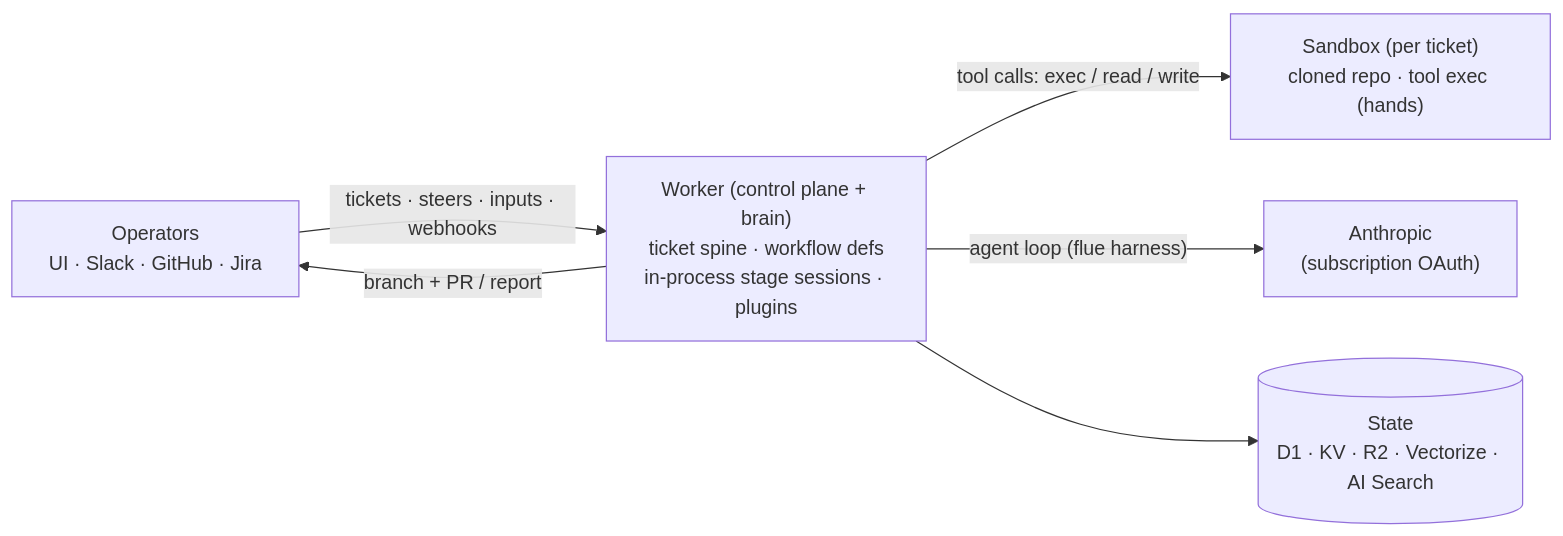
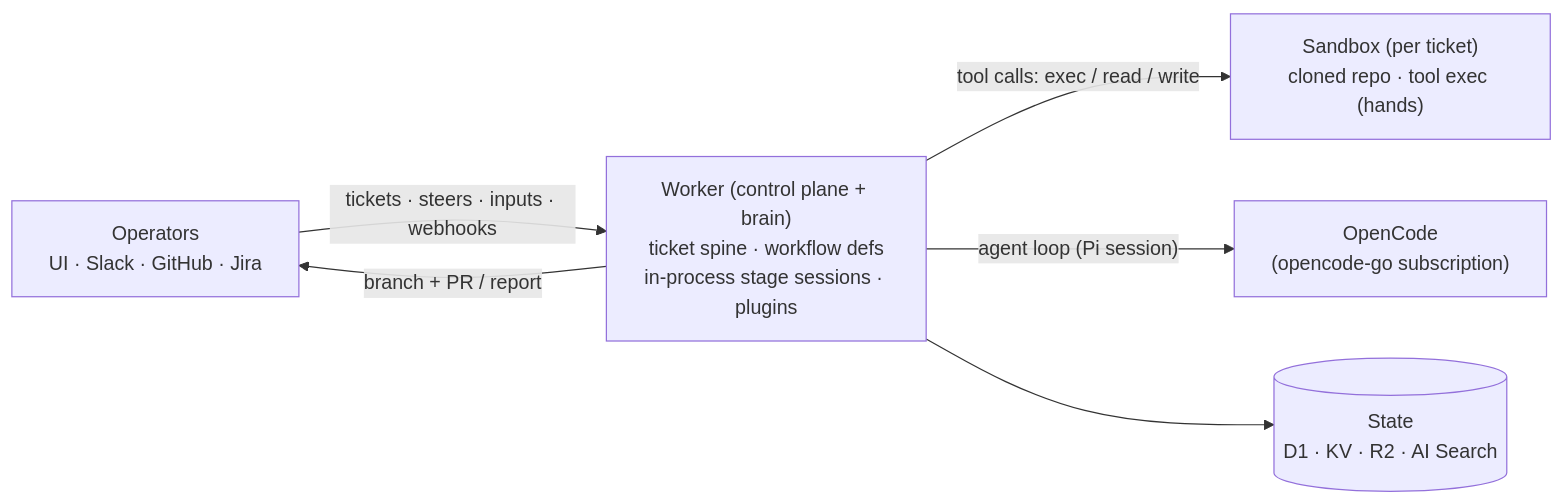
Before and after one commit to StevenJPx2/workhorse: the diagram in README.md, drawn with Mermaid. The commit also changed other lines of this file and 138 other files, not shown here.

````diff
--- a/README.md
+++ b/README.md
@@ -13,14 +13,14 @@
 ```mermaid
 flowchart LR
     OPS["Operators<br/>UI · Slack · GitHub · Jira"]
     WORKER["Worker (control plane + brain)<br/>ticket spine · workflow defs<br/>in-process stage sessions · plugins"]
     SANDBOX["Sandbox (per ticket)<br/>cloned repo · tool exec (hands)"]
-    STATE[("State<br/>D1 · KV · R2 · Vectorize · AI Search")]
-    LLM["Anthropic<br/>(subscription OAuth)"]
+    STATE[("State<br/>D1 · KV · R2 · AI Search")]
+    LLM["OpenCode<br/>(opencode-go subscription)"]
 
     OPS -->|"tickets · steers · inputs · webhooks"| WORKER
     WORKER -->|"tool calls: exec / read / write"| SANDBOX
-    WORKER -->|"agent loop (flue harness)"| LLM
+    WORKER -->|"agent loop (Pi session)"| LLM
     WORKER --> STATE
     WORKER -->|"branch + PR / report"| OPS
 ```
````
